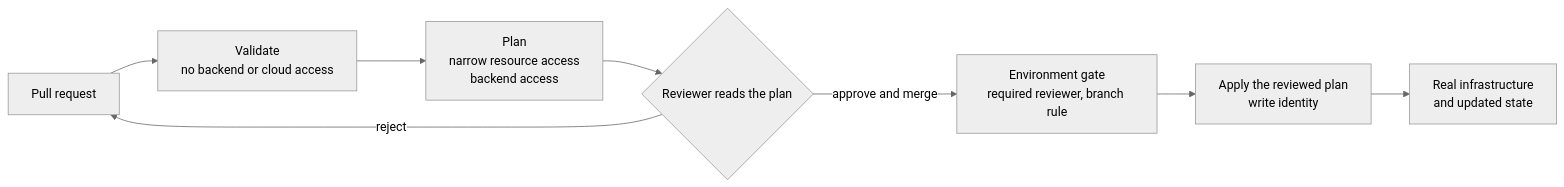
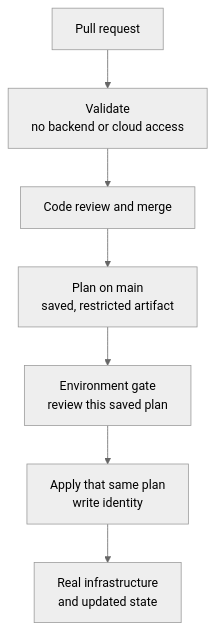
Before and after one commit to David-A18/MY-humble-knowledge-for-everyone: the diagram in knowledge/cross-topic-guides/github-actions-with-terraform.md, drawn with Mermaid (neutral theme). The commit also changed other lines of this file and 7 other files, not shown here.

````diff
--- a/knowledge/cross-topic-guides/github-actions-with-terraform.md
+++ b/knowledge/cross-topic-guides/github-actions-with-terraform.md
@@ -182,10 +221,9 @@
 ```mermaid
-flowchart LR
+flowchart TB
   pr["Pull request"] --> val["Validate<br/>no backend or cloud access"]
-  val --> plan["Plan<br/>narrow resource access<br/>backend access"]
-  plan --> review{"Reviewer reads the plan"}
-  review -- "reject" --> pr
-  review -- "approve and merge" --> gate["Environment gate<br/>required reviewer, branch rule"]
-  gate --> apply["Apply the reviewed plan<br/>write identity"]
+  val --> merge["Code review and merge"]
+  merge --> plan["Plan on main<br/>saved, restricted artifact"]
+  plan --> gate["Environment gate<br/>review this saved plan"]
+  gate --> apply["Apply that same plan<br/>write identity"]
   apply --> real["Real infrastructure<br/>and updated state"]
 ```
````
